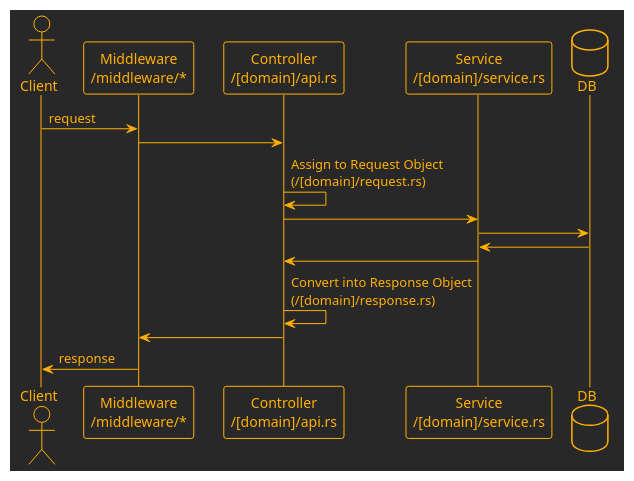
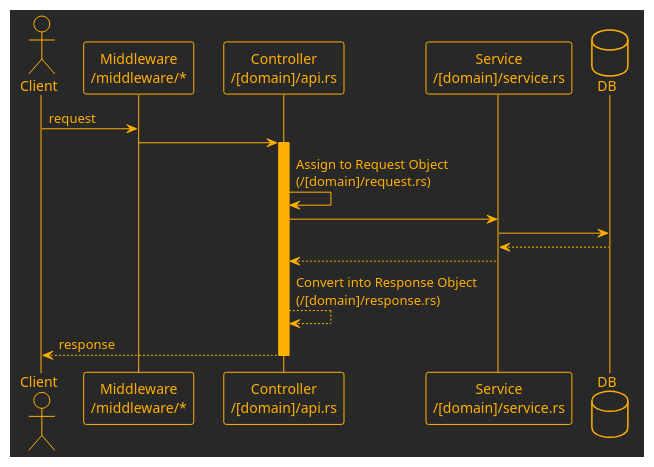
Before and after one commit to snamiki1212/realworld-v1-rust-actix-web-diesel: the diagram in doc/data_flow.pu, drawn with PlantUML.

Commit message:
feat: update flow img

```diff
--- a/doc/data_flow.pu
+++ b/doc/data_flow.pu
@@ -1,25 +1,26 @@
 @startuml Data flow
 !theme crt-amber
 
 ' Define
 actor Client
 participant "Middleware\n/middleware/*" as Middleware
 participant "Controller\n/[domain]/api.rs" as Controller
 participant "Service\n/[domain]/service.rs" as Service
 database DB
 
 ' client->server
 Client -> Middleware: request
 Middleware -> Controller
+activate Controller #FFB000
 Controller -> Controller: Assign to Request Object\n(/[domain]/request.rs)
 Controller -> Service
 Service -> DB
 
 
 ' server->client
-Service <- DB
-Controller <- Service
-Controller -> Controller: Convert into Response Object\n(/[domain]/response.rs)
-Middleware <- Controller
-Client <- Middleware: response
+Service <-- DB
+Controller <-- Service
+Controller --> Controller: Convert into Response Object\n(/[domain]/response.rs)
+Client <-- Controller: response
+deactivate Controller
 @enduml
```
